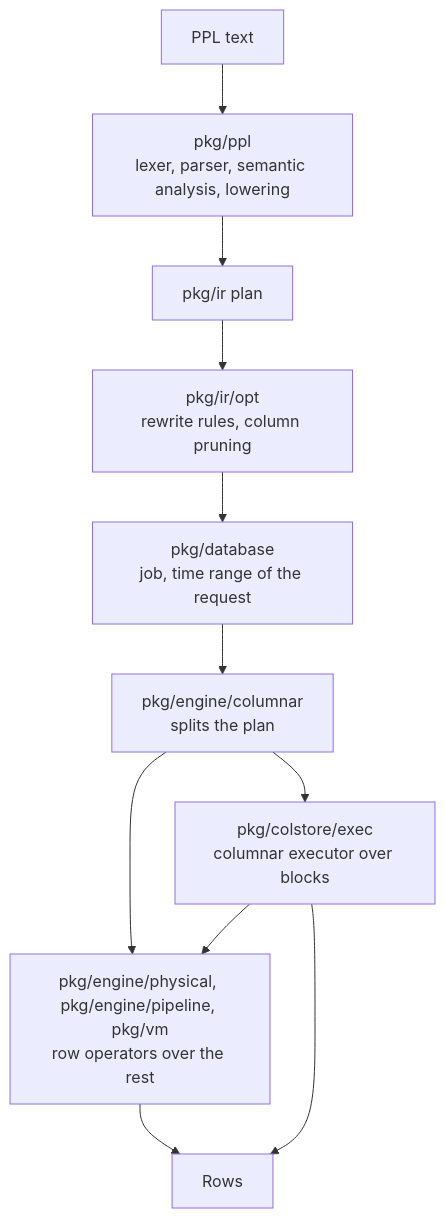
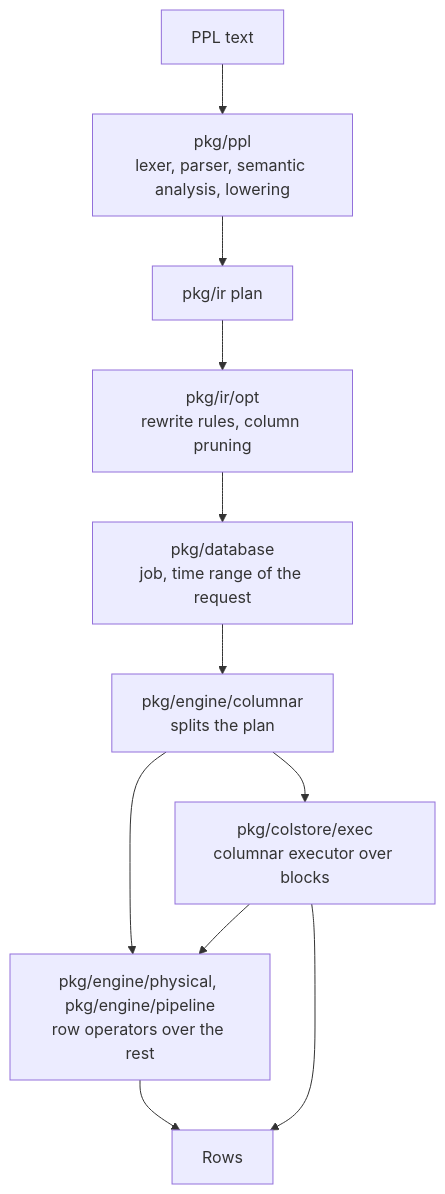
One commit to lynxbase/lynxdb changed the diagram in docs/site/docs/architecture/query-engine.md. Above: the diagram before and after it, drawn with Mermaid. The commit also changed other lines of this file and 9 other files, not shown here.

Commit message:
docs: describe the row operators on the columnar executor's semantics

````diff
--- a/docs/site/docs/architecture/query-engine.md
+++ b/docs/site/docs/architecture/query-engine.md
@@ -13,13 +13,13 @@
 ```mermaid
 flowchart TD
     A["PPL text"] --> B["pkg/ppl<br/>lexer, parser, semantic analysis, lowering"]
     B --> C["pkg/ir plan"]
     C --> D["pkg/ir/opt<br/>rewrite rules, column pruning"]
     D --> E["pkg/database<br/>job, time range of the request"]
     E --> F["pkg/engine/columnar<br/>splits the plan"]
     F --> G["pkg/colstore/exec<br/>columnar executor over blocks"]
-    F --> H["pkg/engine/physical, pkg/engine/pipeline, pkg/vm<br/>row operators over the rest"]
+    F --> H["pkg/engine/physical, pkg/engine/pipeline<br/>row operators over the rest"]
     G --> H
     H --> I["Rows"]
     G --> I
 ```
````
